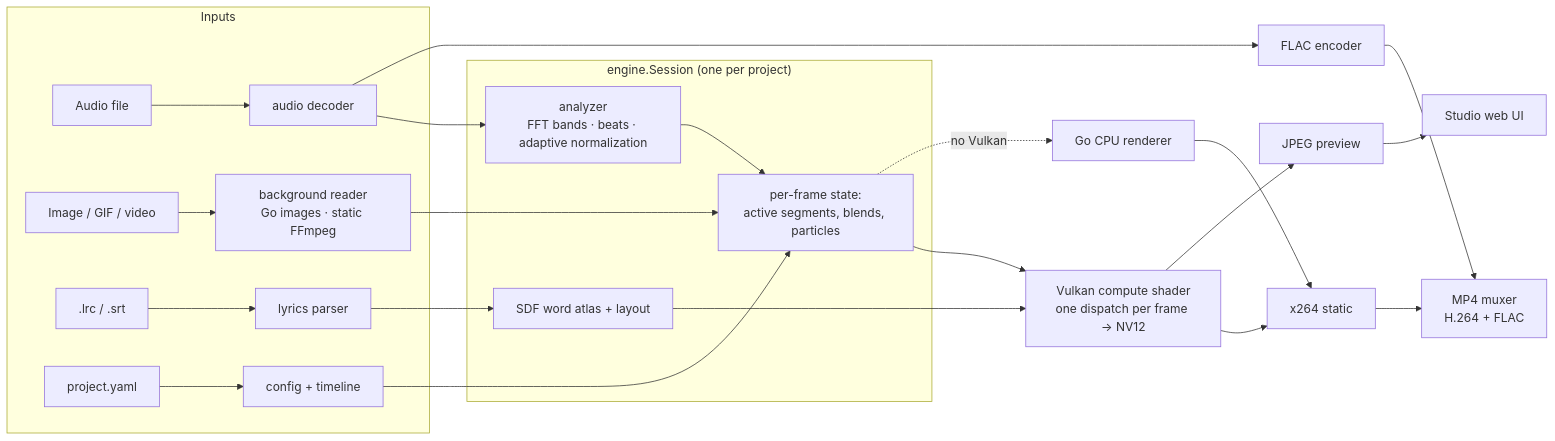
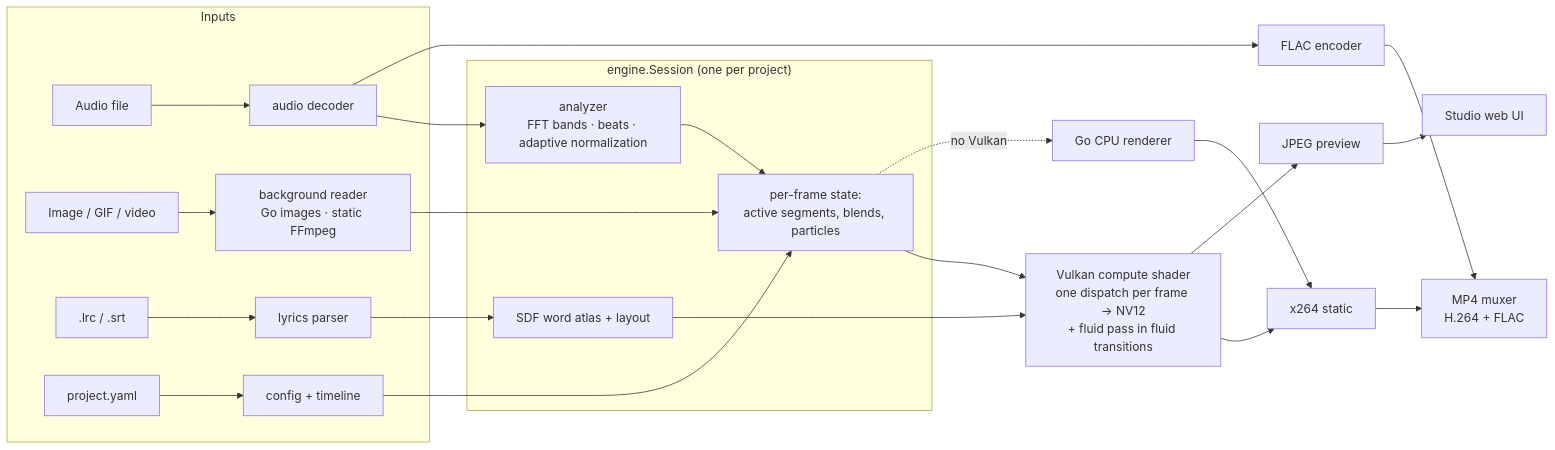
One commit to JulioGuillermo/AudioViz changed the diagram in docs/technical/README.md. Above: the diagram before and after it, drawn with Mermaid. The commit also changed 18 other files, not shown here.

First line of the commit message:
Fluid and liquid transitions on the GPU (simulation and drawing)

````diff
--- a/docs/technical/README.md
+++ b/docs/technical/README.md
@@ -38,23 +38,23 @@
 ```mermaid
 flowchart LR
   subgraph Inputs
     A[Audio file] --> DEC[audio decoder]
     BG[Image / GIF / video] --> BGR[background reader<br/>Go images · static FFmpeg]
     LRC[.lrc / .srt] --> LP[lyrics parser]
     Y[project.yaml] --> CFG[config + timeline]
   end
   DEC --> AN[analyzer<br/>FFT bands · beats · adaptive normalization]
   subgraph Session["engine.Session (one per project)"]
     AN --> FR[per-frame state:<br/>active segments, blends, particles]
     CFG --> FR
     LP --> ATL[SDF word atlas + layout]
     BGR --> FR
   end
-  FR --> GPU[Vulkan compute shader<br/>one dispatch per frame → NV12]
+  FR --> GPU[Vulkan compute shader<br/>one dispatch per frame → NV12<br/>+ fluid pass in fluid transitions]
   FR -. no Vulkan .-> CPU[Go CPU renderer]
   ATL --> GPU
   GPU --> X264[x264 static] --> MUX[MP4 muxer<br/>H.264 + FLAC]
   CPU --> X264
   DEC --> FLAC[FLAC encoder] --> MUX
   GPU --> JPG[JPEG preview] --> STUDIO[Studio web UI]
 ```
````
